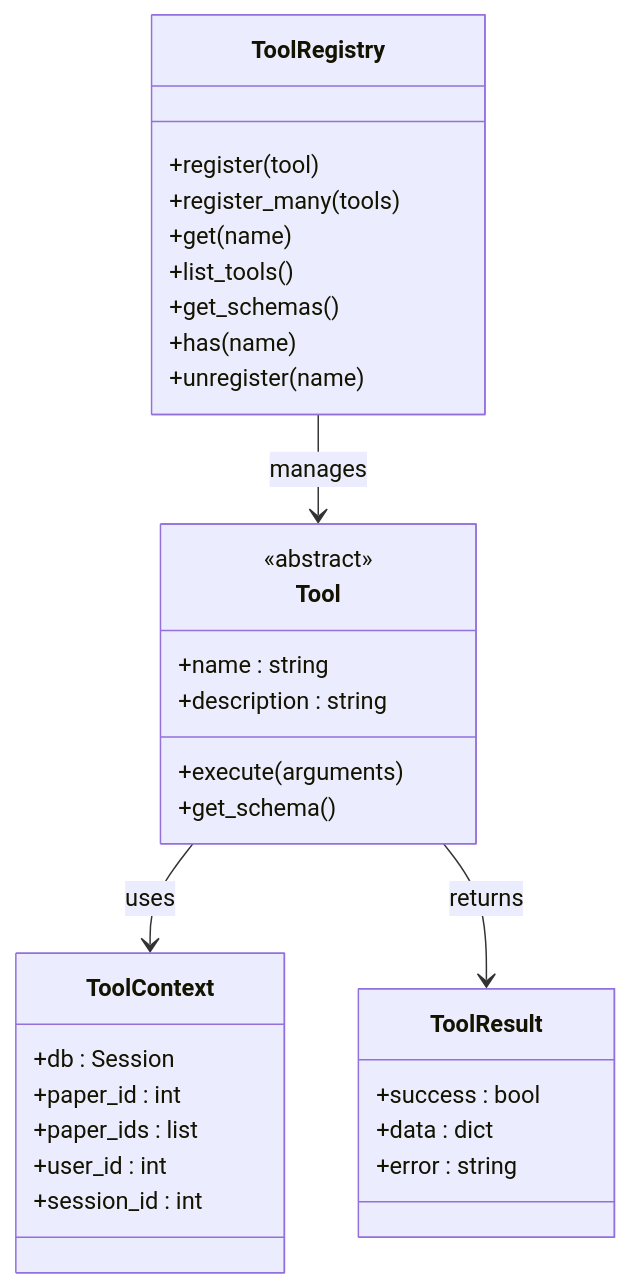
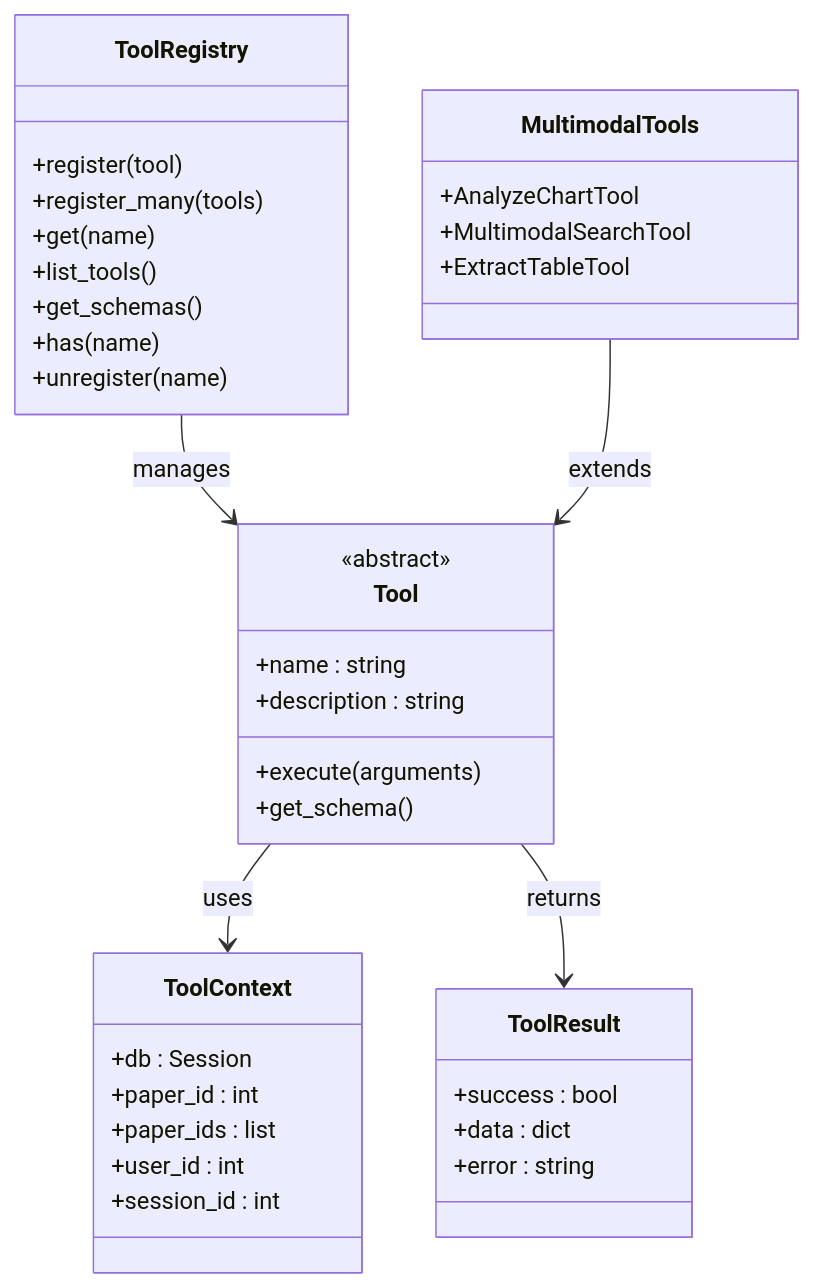
One commit to laohanhahaha/PaperChat changed the fifth of 10 diagrams in .qoder/repowiki/zh/content/后端系统/统一处理器系统.md. Above: the diagram before and after it, drawn with Mermaid. The commit also changed other lines of this file and 185 other files, not shown here.

````diff
--- a/.qoder/repowiki/zh/content/后端系统/统一处理器系统.md
+++ b/.qoder/repowiki/zh/content/后端系统/统一处理器系统.md
@@ -223,34 +273,40 @@
 ```mermaid
 classDiagram
 class ToolRegistry {
 +register(tool)
 +register_many(tools)
 +get(name)
 +list_tools()
 +get_schemas()
 +has(name)
 +unregister(name)
 }
 class Tool {
 <<abstract>>
 +name : string
 +description : string
 +execute(arguments)
 +get_schema()
 }
 class ToolContext {
 +db : Session
 +paper_id : int
 +paper_ids : list
 +user_id : int
 +session_id : int
 }
 class ToolResult {
 +success : bool
 +data : dict
 +error : string
 }
+class MultimodalTools {
++AnalyzeChartTool
++MultimodalSearchTool
++ExtractTableTool
+}
 ToolRegistry --> Tool : manages
 Tool --> ToolContext : uses
 Tool --> ToolResult : returns
+MultimodalTools --> Tool : extends
 ```
````
